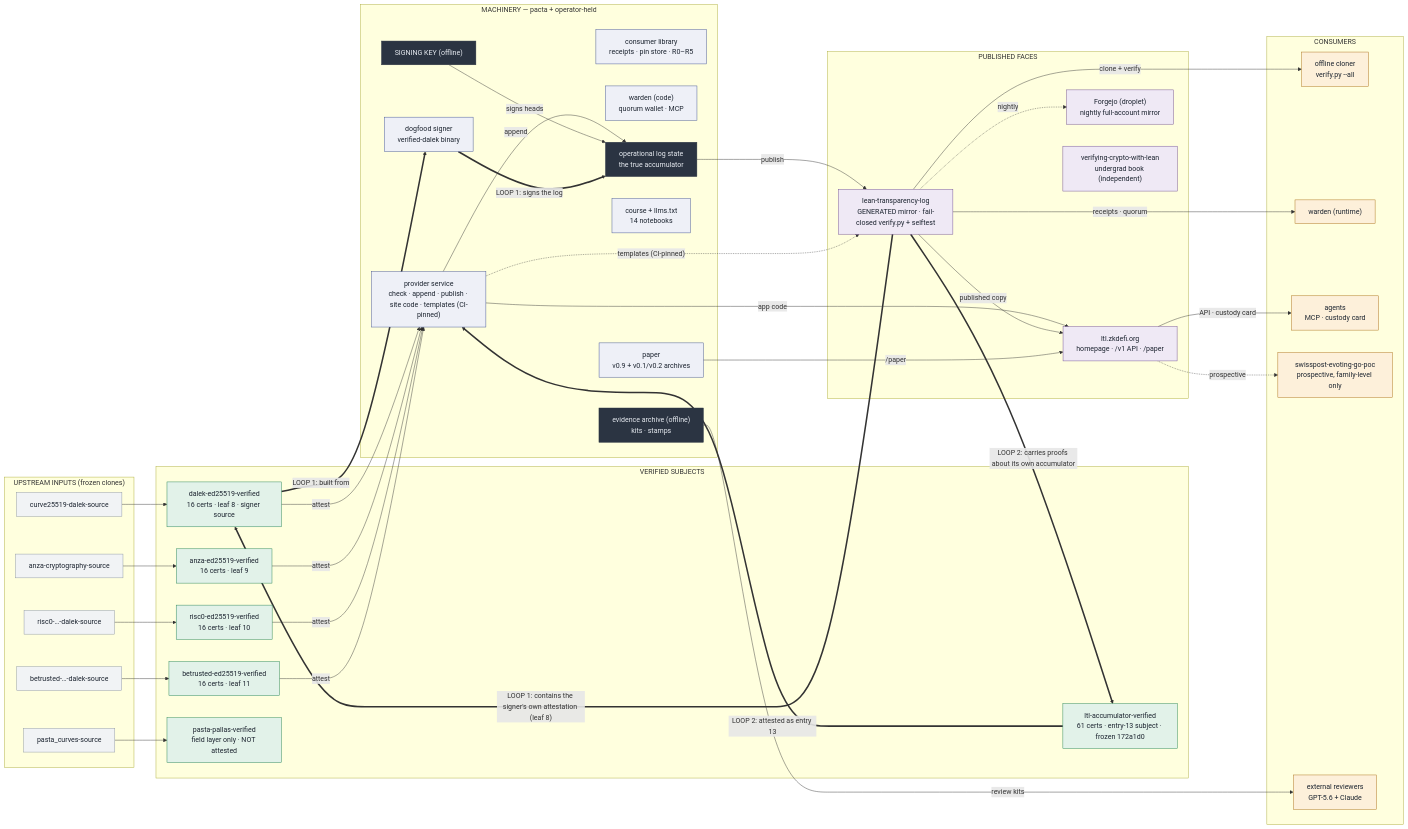
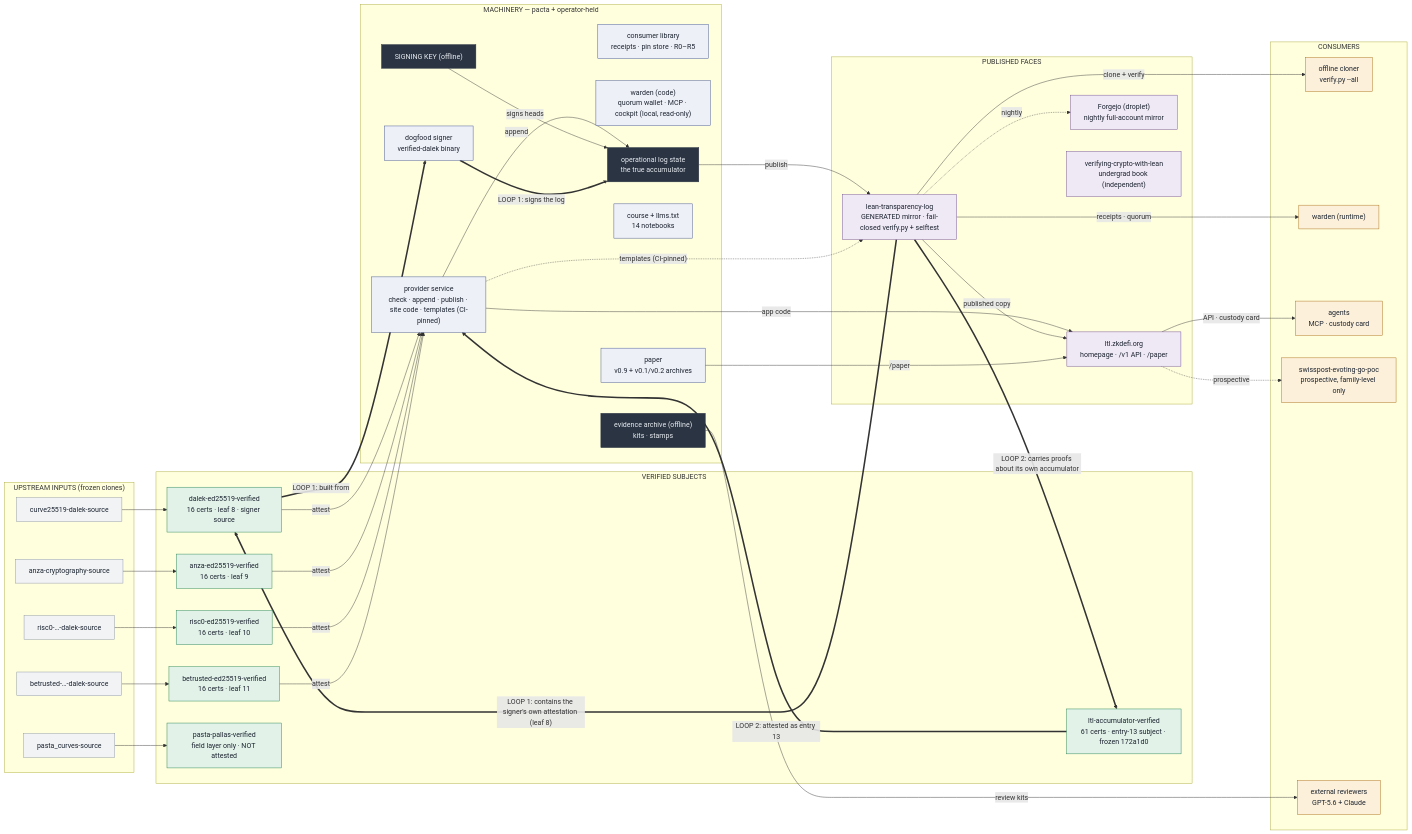
One commit to saymrwulf/proof-aware-crypto-tooling-agent changed the diagram in ESTATE.md. Above: the diagram before and after it, drawn with Mermaid. The commit also changed other lines of this file and 6 other files, not shown here.

````diff
--- a/ESTATE.md
+++ b/ESTATE.md
@@ -14,81 +14,81 @@
 ```mermaid
 flowchart LR
   subgraph S["UPSTREAM INPUTS (frozen clones)"]
     s1["curve25519-dalek-source"]
     s2["anza-cryptography-source"]
     s3["risc0-…-dalek-source"]
     s4["betrusted-…-dalek-source"]
     s5["pasta_curves-source"]
   end
   subgraph V["VERIFIED SUBJECTS"]
     d["dalek-ed25519-verified<br/>16 certs · leaf 8 · signer source"]
     a["anza-ed25519-verified<br/>16 certs · leaf 9"]
     r["risc0-ed25519-verified<br/>16 certs · leaf 10"]
     b["betrusted-ed25519-verified<br/>16 certs · leaf 11"]
     p["pasta-pallas-verified<br/>field layer only · NOT attested"]
     c["ltl-accumulator-verified<br/>61 certs · entry-13 subject · frozen 172a1d0"]
   end
   subgraph M["MACHINERY — pacta + operator-held"]
     prov["provider service<br/>check · append · publish · site code · templates (CI-pinned)"]
     sig["dogfood signer<br/>verified-dalek binary"]
     lib["consumer library<br/>receipts · pin store · R0–R5"]
-    wal["warden (code)<br/>quorum wallet · MCP"]
+    wal["warden (code)<br/>quorum wallet · MCP · cockpit (local, read-only)"]
     pap["paper<br/>v0.9 + v0.1/v0.2 archives"]
     crs["course + llms.txt<br/>14 notebooks"]
     key["SIGNING KEY (offline)"]
     ops["operational log state<br/>the true accumulator"]
     sd["evidence archive (offline)<br/>kits · stamps"]
   end
   subgraph P["PUBLISHED FACES"]
     mir["lean-transparency-log<br/>GENERATED mirror · fail-closed verify.py + selftest"]
     site["ltl.zkdefi.org<br/>homepage · /v1 API · /paper"]
     fj["Forgejo (droplet)<br/>nightly full-account mirror"]
     book["verifying-crypto-with-lean<br/>undergrad book (independent)"]
   end
   subgraph C2["CONSUMERS"]
     cl["offline cloner<br/>verify.py --all"]
     wr["warden (runtime)"]
     ag["agents<br/>MCP · custody card"]
     sw["swisspost-evoting-go-poc<br/>prospective, family-level only"]
     rev["external reviewers<br/>GPT-5.6 + Claude"]
   end
   s1 --> d
   s2 --> a
   s3 --> r
   s4 --> b
   s5 --> p
   d -->|attest| prov
   a -->|attest| prov
   r -->|attest| prov
   b -->|attest| prov
   prov -->|append| ops
   key -->|signs heads| ops
   ops -->|publish| mir
   prov -.->|"templates (CI-pinned)"| mir
   prov -->|app code| site
   mir -->|published copy| site
   pap -->|/paper| site
   mir -.->|nightly| fj
   mir -->|clone + verify| cl
   site -->|API · custody card| ag
   mir -->|receipts · quorum| wr
   site -.->|prospective| sw
   sd -->|review kits| rev
   d ==>|"LOOP 1: built from"| sig
   sig ==>|"LOOP 1: signs the log"| ops
   mir ==>|"LOOP 1: contains the signer's own attestation (leaf 8)"| d
   c ==>|"LOOP 2: attested as entry 13"| prov
   mir ==>|"LOOP 2: carries proofs about its own accumulator"| c
   classDef src fill:#f1f3f5,stroke:#8a93a0,color:#1c2430
   classDef sub fill:#e2f2e9,stroke:#1e7f4f,color:#1c2430
   classDef mach fill:#eef0f7,stroke:#3b4d8f,color:#1c2430
   classDef held fill:#2b3442,stroke:#2b3442,color:#e8ecf2
   classDef pub fill:#efe9f5,stroke:#6d4a8f,color:#1c2430
   classDef cons fill:#fdf0da,stroke:#a86a10,color:#1c2430
   class s1,s2,s3,s4,s5 src
   class d,a,r,b,p,c sub
   class prov,sig,lib,wal,pap,crs mach
   class key,ops,sd held
   class mir,site,fj,book pub
   class cl,wr,ag,sw,rev cons
 ```
````
